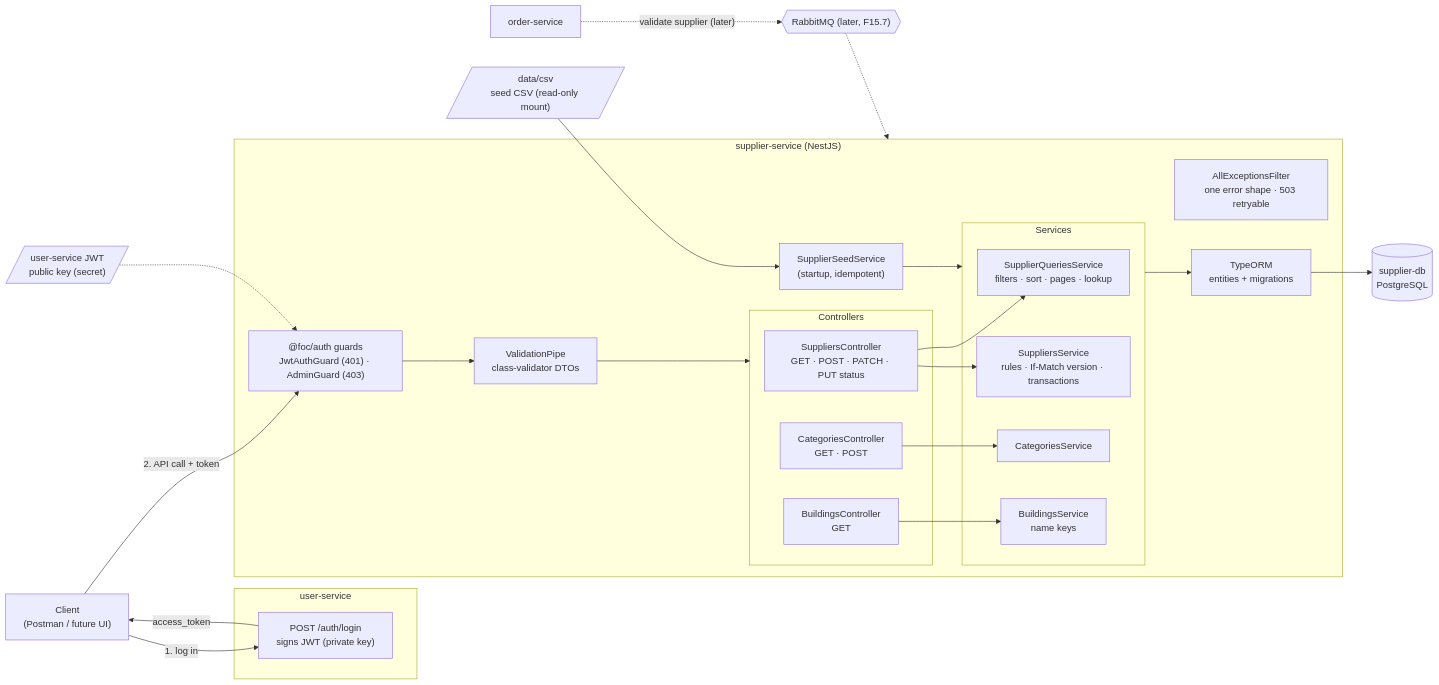
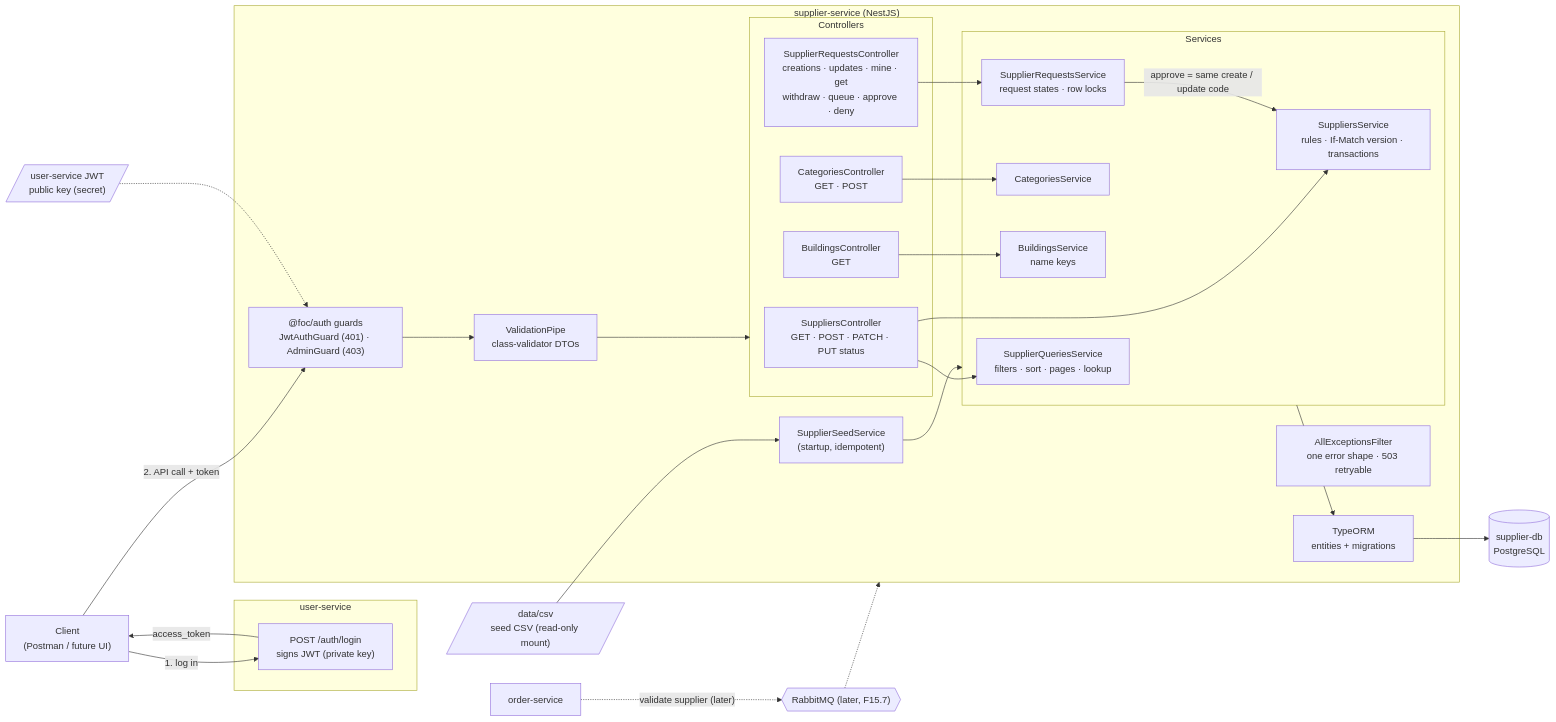
Before and after one commit to AY2627S1-CS3219-P27/FoC: the third of 4 diagrams in supplier-service/README.md, drawn with Mermaid. The commit also changed other lines of this file and 1 other file, not shown here.

````diff
--- a/supplier-service/README.md
+++ b/supplier-service/README.md
@@ -409,42 +409,46 @@
 ```mermaid
 flowchart LR
     client["Client<br/>(Postman / future UI)"]
     subgraph US["user-service"]
       login["POST /auth/login<br/>signs JWT (private key)"]
     end
     subgraph SS["supplier-service (NestJS)"]
       guards["@foc/auth guards<br/>JwtAuthGuard (401) · AdminGuard (403)"]
       pipe["ValidationPipe<br/>class-validator DTOs"]
       subgraph C["Controllers"]
         sc["SuppliersController<br/>GET · POST · PATCH · PUT status"]
         cc["CategoriesController<br/>GET · POST"]
         bc["BuildingsController<br/>GET"]
+        rc["SupplierRequestsController<br/>creations · updates · mine · get<br/>withdraw · queue · approve · deny"]
       end
       subgraph S["Services"]
         reads["SupplierQueriesService<br/>filters · sort · pages · lookup"]
         writes["SuppliersService<br/>rules · If-Match version · transactions"]
         cats["CategoriesService"]
         blds["BuildingsService<br/>name keys"]
+        reqs["SupplierRequestsService<br/>request states · row locks"]
       end
       seed["SupplierSeedService<br/>(startup, idempotent)"]
       filter["AllExceptionsFilter<br/>one error shape · 503 retryable"]
       orm["TypeORM<br/>entities + migrations"]
     end
     db[("supplier-db<br/>PostgreSQL")]
     csv[/"data/csv<br/>seed CSV (read-only mount)"/]
     key[/"user-service JWT<br/>public key (secret)"/]
     mq{{"RabbitMQ (later, F15.7)"}}
     order["order-service"]
 
     client -- "1. log in" --> login
     login -- "access_token" --> client
     client -- "2. API call + token" --> guards --> pipe --> C
     key -.-> guards
     sc --> reads
     sc --> writes
     cc --> cats
     bc --> blds
+    rc --> reqs
+    reqs -- "approve = same create / update code" --> writes
     S --> orm --> db
     csv --> seed --> S
     order -. "validate supplier (later)" .-> mq -.-> SS
 ```
````
